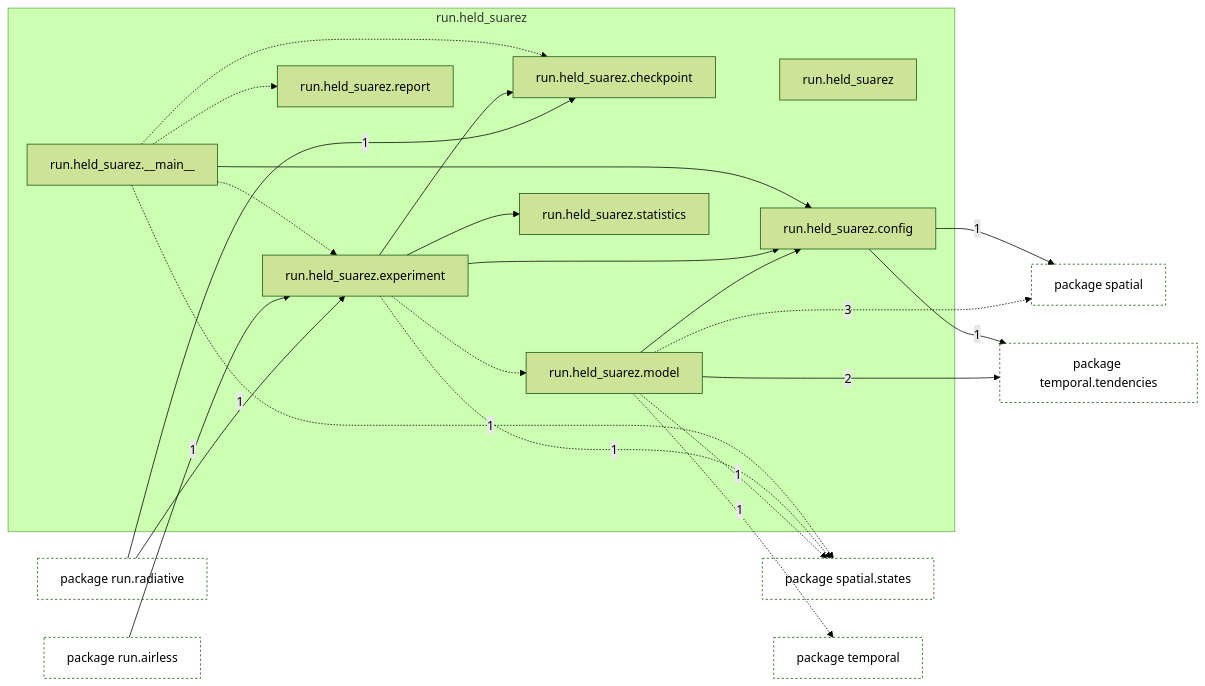
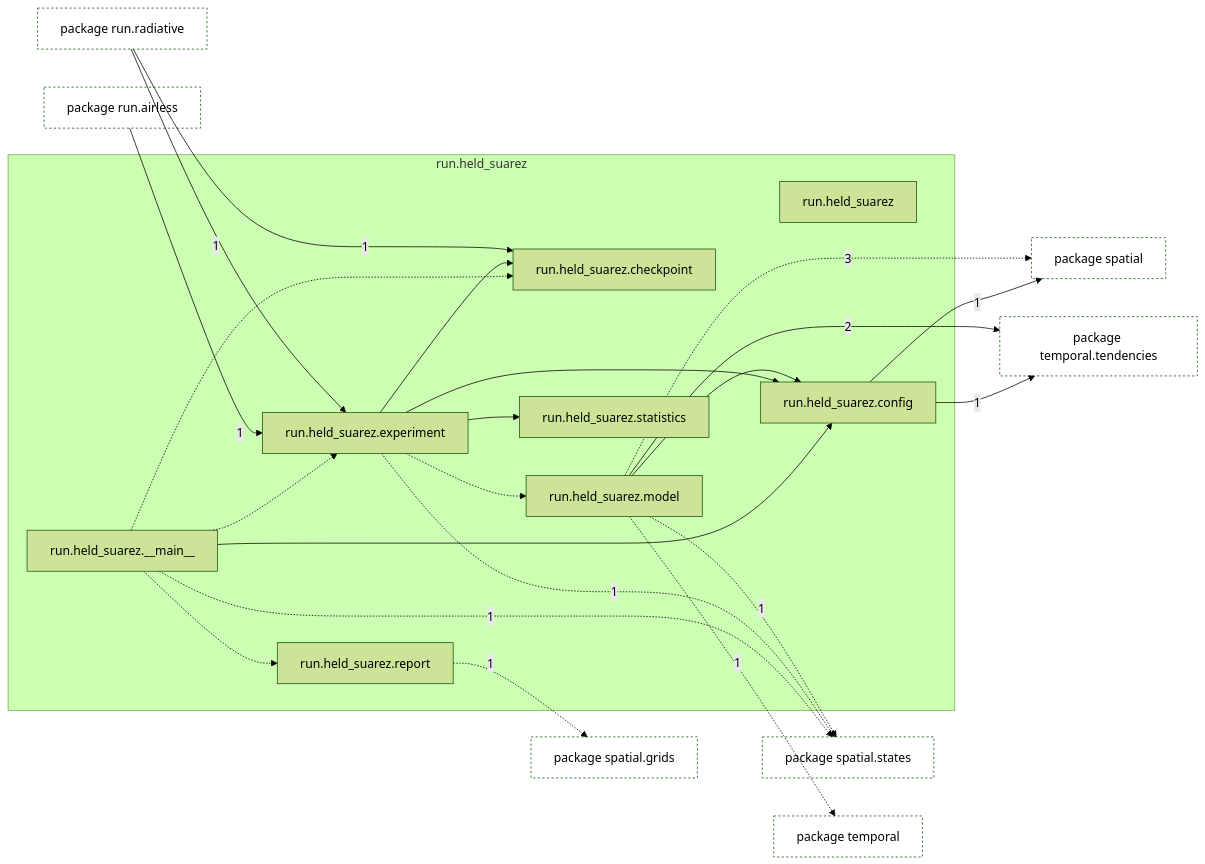
The first of 2 diagrams in docs/architecture/current/packages/tropoi.run.held_suarez.md (AlexandreEros/Palintropos), drawn with Mermaid (forest theme) before and after one commit. The commit also changed 47 other files, not shown here.

````diff
--- a/docs/architecture/current/packages/tropoi.run.held_suarez.md
+++ b/docs/architecture/current/packages/tropoi.run.held_suarez.md
@@ -26,48 +26,51 @@
 ```mermaid
 %% Generated by tools.architecture 2.3.0. Do not edit by hand.
 %% Modules of tropoi.run.held_suarez with imports in and out
 flowchart LR
     subgraph g_tropoi_orun_oheld__suarez["run.held#95;suarez"]
         n_tropoi_orun_oheld__suarez["run.held#95;suarez"]
         n_tropoi_orun_oheld__suarez_o____main____["run.held#95;suarez.#95;#95;main#95;#95;"]
         n_tropoi_orun_oheld__suarez_ocheckpoint["run.held#95;suarez.checkpoint"]
         n_tropoi_orun_oheld__suarez_oconfig["run.held#95;suarez.config"]
         n_tropoi_orun_oheld__suarez_oexperiment["run.held#95;suarez.experiment"]
         n_tropoi_orun_oheld__suarez_omodel["run.held#95;suarez.model"]
         n_tropoi_orun_oheld__suarez_oreport["run.held#95;suarez.report"]
         n_tropoi_orun_oheld__suarez_ostatistics["run.held#95;suarez.statistics"]
     end
     p_tropoi_orun_oairless["package run.airless"]
     p_tropoi_orun_oradiative["package run.radiative"]
     p_tropoi_ospatial["package spatial"]
+    p_tropoi_ospatial_ogrids["package spatial.grids"]
     p_tropoi_ospatial_ostates["package spatial.states"]
     p_tropoi_otemporal["package temporal"]
     p_tropoi_otemporal_otendencies["package temporal.tendencies"]
     n_tropoi_orun_oheld__suarez_o____main____ -.-> n_tropoi_orun_oheld__suarez_ocheckpoint
     n_tropoi_orun_oheld__suarez_o____main____ --> n_tropoi_orun_oheld__suarez_oconfig
     n_tropoi_orun_oheld__suarez_o____main____ -.-> n_tropoi_orun_oheld__suarez_oexperiment
     n_tropoi_orun_oheld__suarez_o____main____ -.-> n_tropoi_orun_oheld__suarez_oreport
     n_tropoi_orun_oheld__suarez_oexperiment --> n_tropoi_orun_oheld__suarez_ocheckpoint
     n_tropoi_orun_oheld__suarez_oexperiment --> n_tropoi_orun_oheld__suarez_oconfig
     n_tropoi_orun_oheld__suarez_oexperiment -.-> n_tropoi_orun_oheld__suarez_omodel
     n_tropoi_orun_oheld__suarez_oexperiment --> n_tropoi_orun_oheld__suarez_ostatistics
     n_tropoi_orun_oheld__suarez_omodel --> n_tropoi_orun_oheld__suarez_oconfig
     p_tropoi_orun_oairless -->|1| n_tropoi_orun_oheld__suarez_oexperiment
     p_tropoi_orun_oradiative -->|1| n_tropoi_orun_oheld__suarez_ocheckpoint
     p_tropoi_orun_oradiative -->|1| n_tropoi_orun_oheld__suarez_oexperiment
     n_tropoi_orun_oheld__suarez_o____main____ -.->|1| p_tropoi_ospatial_ostates
     n_tropoi_orun_oheld__suarez_oconfig -->|1| p_tropoi_ospatial
     n_tropoi_orun_oheld__suarez_oconfig -->|1| p_tropoi_otemporal_otendencies
     n_tropoi_orun_oheld__suarez_oexperiment -.->|1| p_tropoi_ospatial_ostates
     n_tropoi_orun_oheld__suarez_omodel -.->|3| p_tropoi_ospatial
     n_tropoi_orun_oheld__suarez_omodel -.->|1| p_tropoi_ospatial_ostates
     n_tropoi_orun_oheld__suarez_omodel -.->|1| p_tropoi_otemporal
     n_tropoi_orun_oheld__suarez_omodel -->|2| p_tropoi_otemporal_otendencies
+    n_tropoi_orun_oheld__suarez_oreport -.->|1| p_tropoi_ospatial_ogrids
     classDef other fill:none,stroke-dasharray:3 3
     class p_tropoi_orun_oairless other
     class p_tropoi_orun_oradiative other
     class p_tropoi_ospatial other
+    class p_tropoi_ospatial_ogrids other
     class p_tropoi_ospatial_ostates other
     class p_tropoi_otemporal other
     class p_tropoi_otemporal_otendencies other
 ```
````
